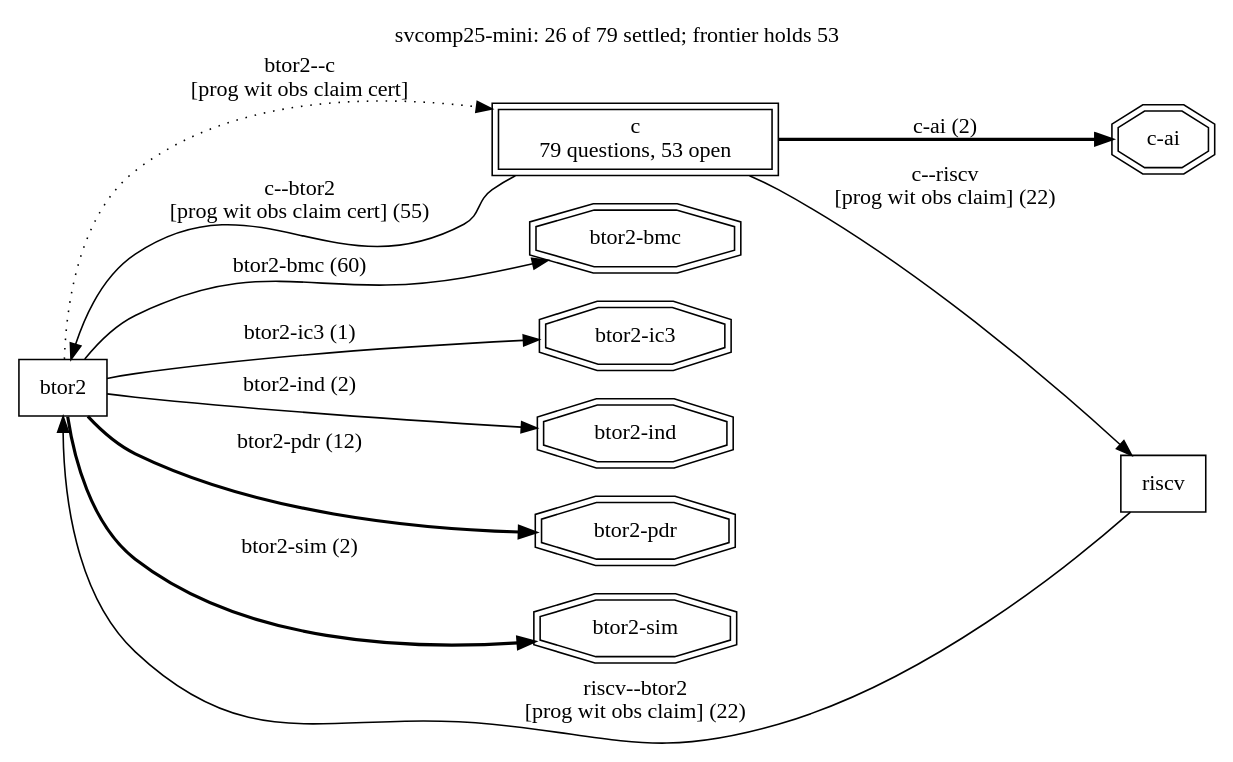
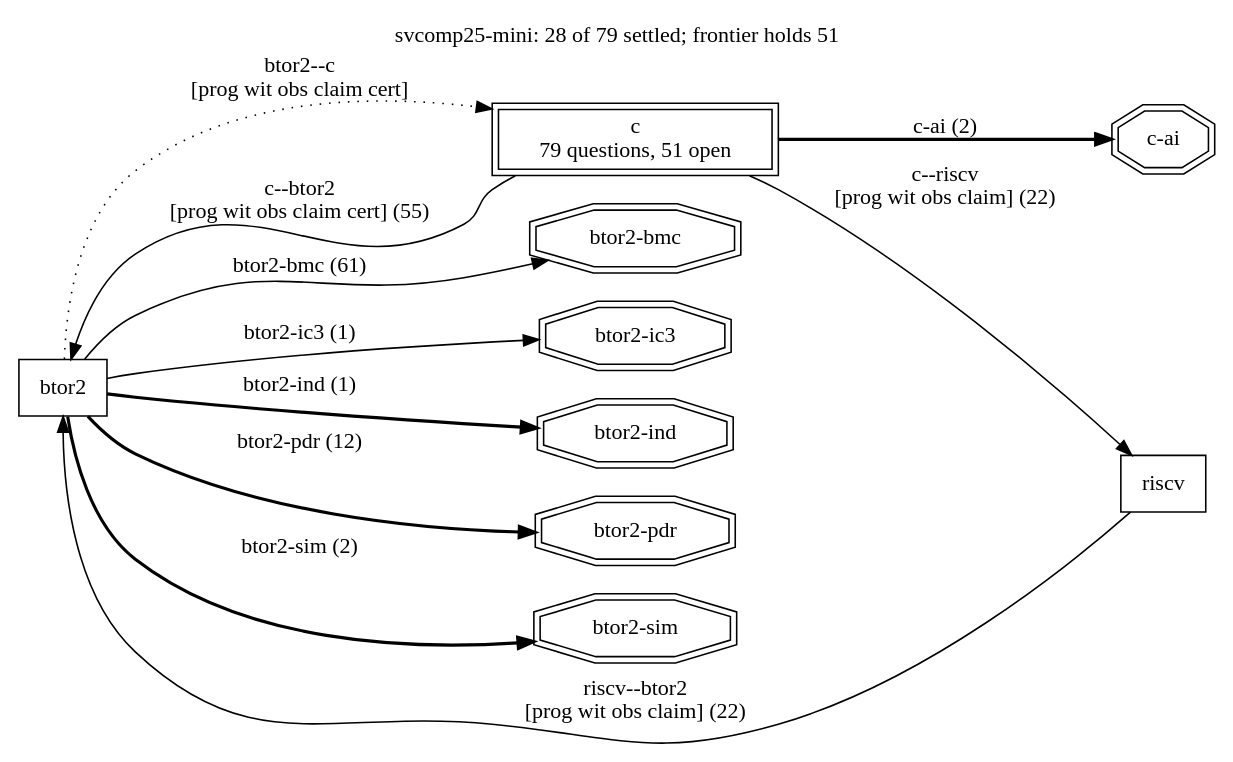
One commit to cksystemsgroup/hurdy-gurdy changed the diagram in runs/svcomp25-mini/frontier.dot. Above: the diagram before and after it, drawn with Graphviz. The commit also changed 41 other files, not shown here.

```diff
--- a/runs/svcomp25-mini/frontier.dot
+++ b/runs/svcomp25-mini/frontier.dot
@@ -1,24 +1,24 @@
 digraph "svcomp25-mini" {
   rankdir=LR; labelloc=t;
-  label="svcomp25-mini: 26 of 79 settled; frontier holds 53";
+  label="svcomp25-mini: 28 of 79 settled; frontier holds 51";
   node [shape=box];
   "btor2";
-  "c" [peripheries=2, label="c\n79 questions, 53 open"];
+  "c" [peripheries=2, label="c\n79 questions, 51 open"];
   "riscv";
   "btor2" -> "c" [style=dotted, label="btor2--c\n[prog wit obs claim cert]"];
   "c" -> "btor2" [style=solid, label="c--btor2\n[prog wit obs claim cert] (55)"];
   "c" -> "riscv" [style=solid, label="c--riscv\n[prog wit obs claim] (22)"];
   "riscv" -> "btor2" [style=solid, label="riscv--btor2\n[prog wit obs claim] (22)"];
   "search:btor2-bmc" [shape=doubleoctagon, label="btor2-bmc"];
-  "btor2" -> "search:btor2-bmc" [style=solid, label="btor2-bmc (60)"];
+  "btor2" -> "search:btor2-bmc" [style=solid, label="btor2-bmc (61)"];
   "search:btor2-ic3" [shape=doubleoctagon, label="btor2-ic3"];
   "btor2" -> "search:btor2-ic3" [style=solid, label="btor2-ic3 (1)"];
   "search:btor2-ind" [shape=doubleoctagon, label="btor2-ind"];
-  "btor2" -> "search:btor2-ind" [style=solid, label="btor2-ind (2)"];
+  "btor2" -> "search:btor2-ind" [style=bold, label="btor2-ind (1)"];
   "search:btor2-pdr" [shape=doubleoctagon, label="btor2-pdr"];
   "btor2" -> "search:btor2-pdr" [style=bold, label="btor2-pdr (12)"];
   "search:btor2-sim" [shape=doubleoctagon, label="btor2-sim"];
   "btor2" -> "search:btor2-sim" [style=bold, label="btor2-sim (2)"];
   "search:c-ai" [shape=doubleoctagon, label="c-ai"];
   "c" -> "search:c-ai" [style=bold, label="c-ai (2)"];
 }
```
